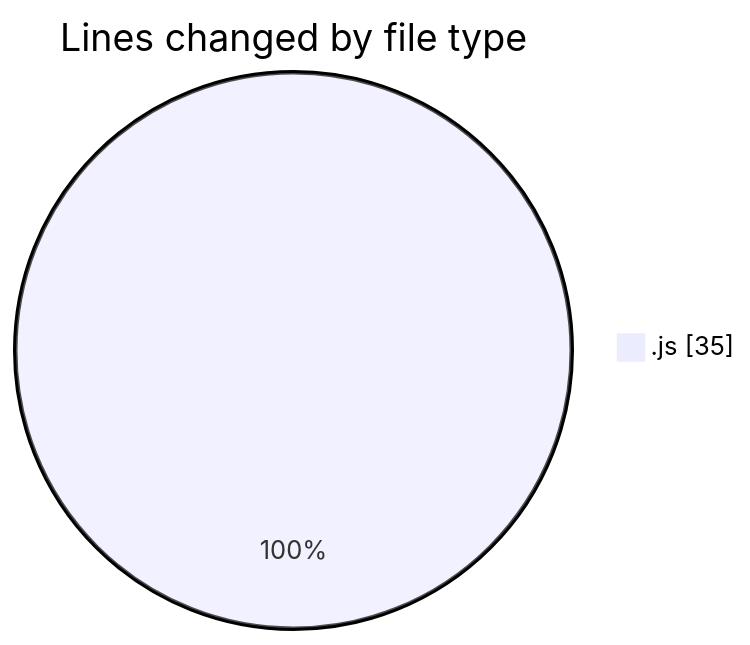
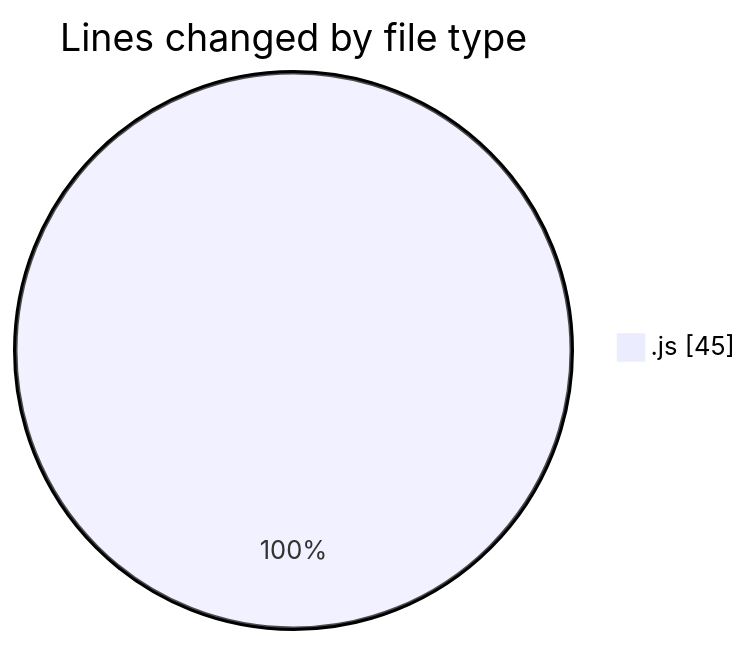
One commit to nxtqubesakshisongat/code-tracking changed the first of 2 diagrams in 2026-01-09/nxtqube_webapp/README.md. Above: the diagram before and after it, drawn with Mermaid. The commit also changed other lines of this file and 1 other file, not shown here.

````diff
--- a/2026-01-09/nxtqube_webapp/README.md
+++ b/2026-01-09/nxtqube_webapp/README.md
@@ -20,5 +20,5 @@
 ```mermaid
 pie showData
 title Lines changed by file type
-".js" : 35
+".js" : 45
 ```
````
